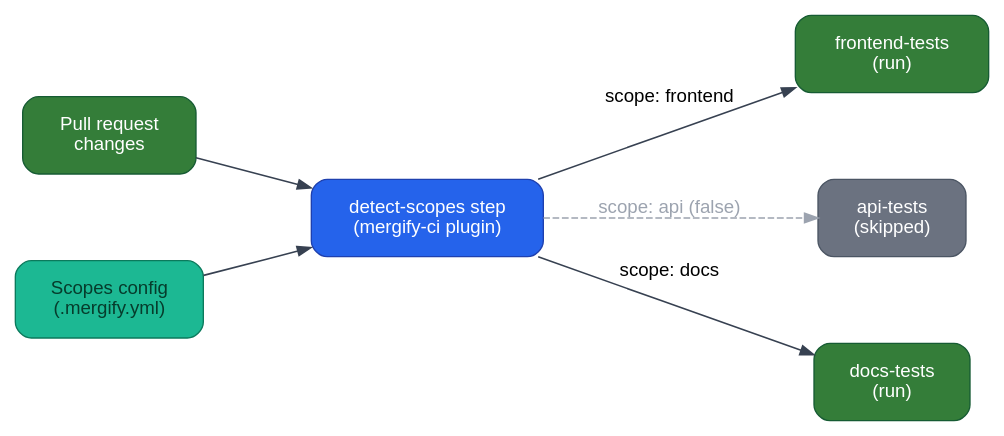
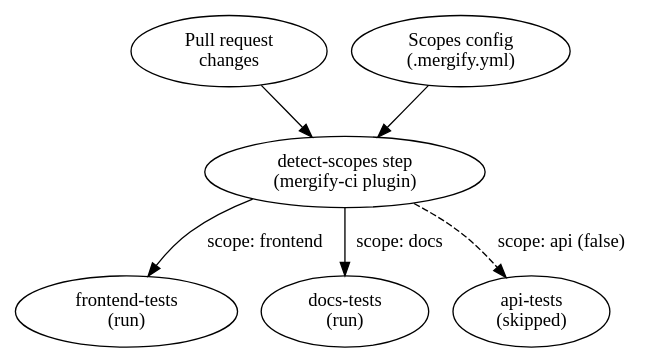
Before and after one commit to Mergifyio/docs: the diagram in src/content/docs/integrations/buildkite.mdx, drawn with Graphviz. The commit also changed 20 other files, not shown here.

````diff
--- a/src/content/docs/integrations/buildkite.mdx
+++ b/src/content/docs/integrations/buildkite.mdx
@@ -92,26 +92,17 @@
-```dot class="graph"
-strict digraph {
-  fontname="sans-serif";
-  rankdir="LR";
-  nodesep=0.9;
-  ranksep=1.1;
-  splines=polyline;
+```dot class="queue"
+digraph {
+  PR [label="Pull request\nchanges", class="queued"];
+  Config [label="Scopes config\n(.mergify.yml)", class="config"];
+  Detect [label="detect-scopes step\n(mergify-ci plugin)", class="pending"];
 
-  node [shape=box, style="rounded,filled", fontname="sans-serif", margin="0.35,0.2", color="#165B33", fillcolor="#347D39", fontcolor="white"];
-  edge [fontname="sans-serif", color="#374151", penwidth=1.2, arrowhead=normal];
-
-  PR [label="Pull request\nchanges"];
-  Config [fillcolor="#1CB893", color="#0B7A5C", fontcolor="#063C2C", label="Scopes config\n(.mergify.yml)"];
-  Detect [fillcolor="#2563EB", color="#1E40AF", label="detect-scopes step\n(mergify-ci plugin)"];
-
-  Frontend [label="frontend-tests\n(run)"];
-  API [fillcolor="#6B7280", color="#4B5563", label="api-tests\n(skipped)"];
-  Docs [label="docs-tests\n(run)"];
+  Frontend [label="frontend-tests\n(run)", class="queued"];
+  Docs [label="docs-tests\n(run)", class="queued"];
+  API [label="api-tests\n(skipped)", class="muted"];
 
   PR -> Detect;
   Config -> Detect;
   Detect -> Frontend [label="scope: frontend"];
   Detect -> Docs [label="scope: docs"];
-  Detect -> API [style=dashed, color="#9CA3AF", fontcolor="#9CA3AF", label="scope: api (false)"];
+  Detect -> API [label="scope: api (false)", class="muted", style=dashed];
 }
 ```
````
